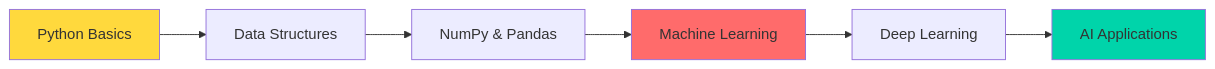
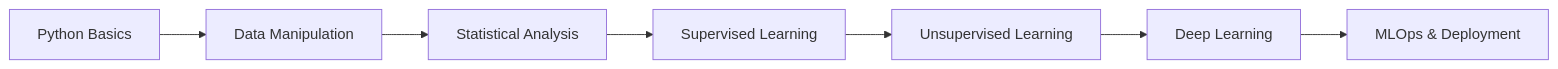
Before and after one commit to eptiera/eptiera: the diagram in README.md, drawn with Mermaid. The commit also changed other lines of this file, not shown here.

````diff
--- a/README.md
+++ b/README.md
@@ -60,12 +54,9 @@
 ```mermaid
 graph LR
-    A[Python Basics] --> B[Data Structures]
-    B --> C[NumPy & Pandas]
-    C --> D[Machine Learning]
-    D --> E[Deep Learning]
-    E --> F[AI Applications]
-    
-    style A fill:#FFD93D
-    style D fill:#FF6B6B
-    style F fill:#00D4AA
+    A[Python Basics] --> B[Data Manipulation]
+    B --> C[Statistical Analysis]
+    C --> D[Supervised Learning]
+    D --> E[Unsupervised Learning]
+    E --> F[Deep Learning]
+    F --> G[MLOps & Deployment]
 ```
````
